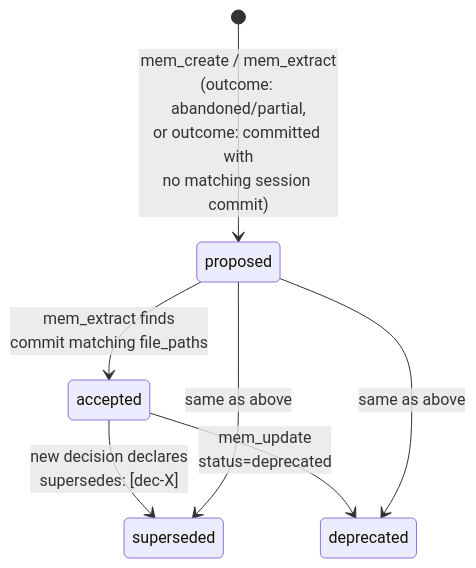
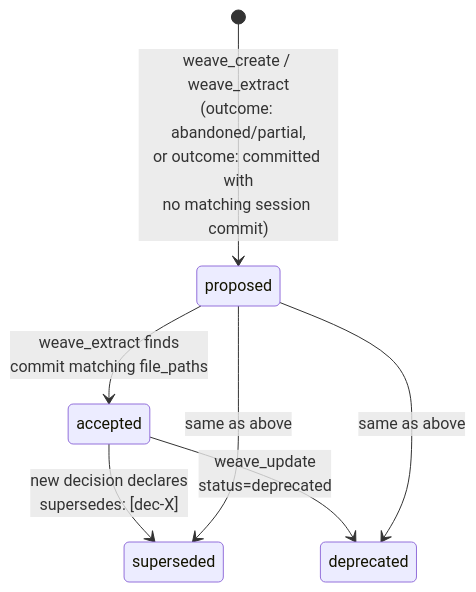
The fourth of 4 diagrams in ARCHITECTURE.md (marekpal97/thinkweave), drawn with Mermaid before and after one commit. The commit also changed other lines of this file and 455 other files, not shown here.

First line of the commit message:
refactor: rename personal_mem → Thinkweave (mem → weave everywhere)

````diff
--- a/ARCHITECTURE.md
+++ b/ARCHITECTURE.md
@@ -364,9 +388,9 @@
 ```mermaid
 stateDiagram-v2
-    [*] --> proposed: mem_create / mem_extract<br/>(outcome: abandoned/partial,<br/>or outcome: committed with<br/>no matching session commit)
-    proposed --> accepted: mem_extract finds<br/>commit matching file_paths
+    [*] --> proposed: weave_create / weave_extract<br/>(outcome: abandoned/partial,<br/>or outcome: committed with<br/>no matching session commit)
+    proposed --> accepted: weave_extract finds<br/>commit matching file_paths
     accepted --> superseded: new decision declares<br/>supersedes: [dec-X]
     proposed --> superseded: same as above
-    accepted --> deprecated: mem_update<br/>status=deprecated
+    accepted --> deprecated: weave_update<br/>status=deprecated
     proposed --> deprecated: same as above
 ```
````
